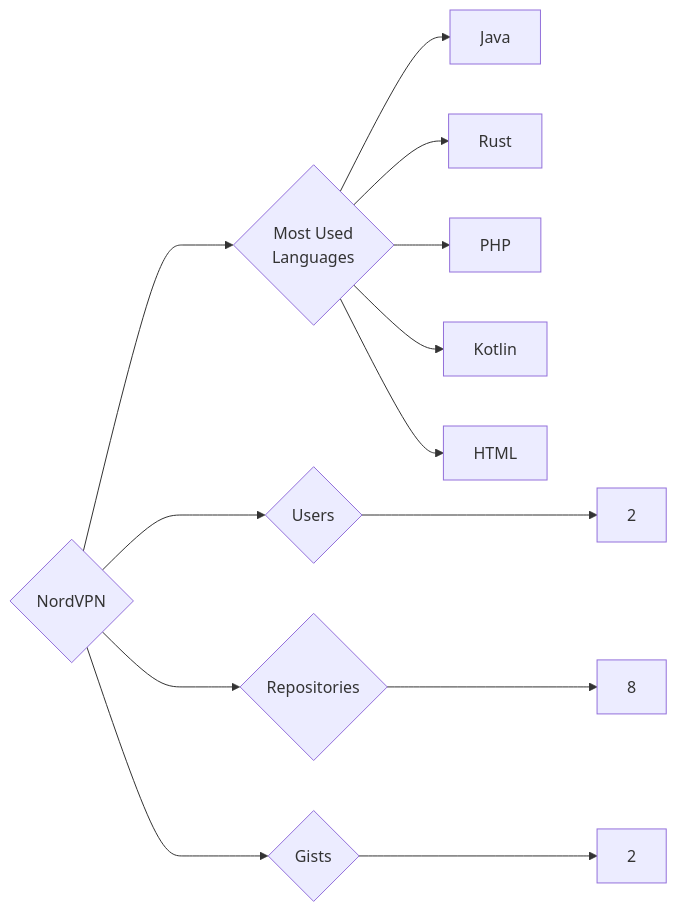
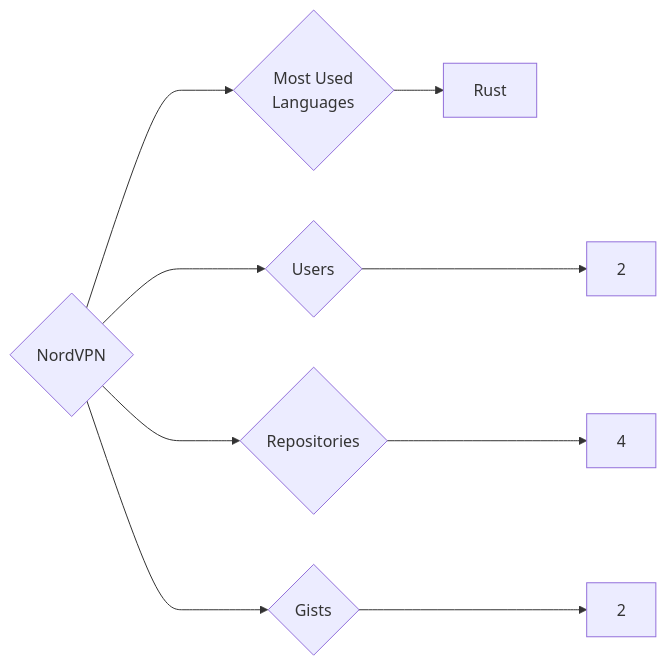
The diagram in targets/NordVPN/README.md (trickest/insiders), drawn with Mermaid before and after one commit. The commit also changed 770 other files, not shown here.

````diff
--- a/targets/NordVPN/README.md
+++ b/targets/NordVPN/README.md
@@ -3,13 +3,9 @@
 ```mermaid
 graph LR
 COMPANY_NAME{NordVPN}
 COMPANY_NAME ---> U{Users} ---> UN[2]
-COMPANY_NAME ---> R{Repositories} ---> RN[8]
+COMPANY_NAME ---> R{Repositories} ---> RN[4]
 COMPANY_NAME ---> G{Gists} ---> GN[2]
 COMPANY_NAME ---> ML{Most Used<br>Languages}
-ML --> Java[Java]
 ML --> Rust[Rust]
-ML --> PHP[PHP]
-ML --> Kotlin[Kotlin]
-ML --> HTML[HTML]
 ```
````
